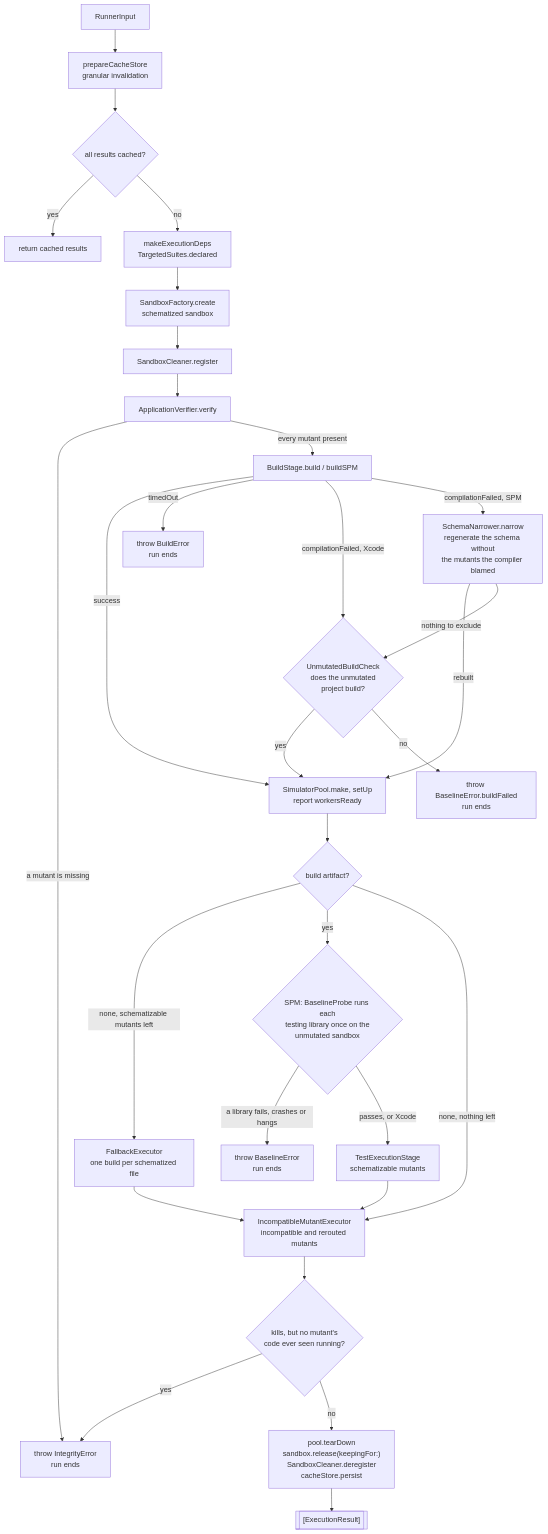
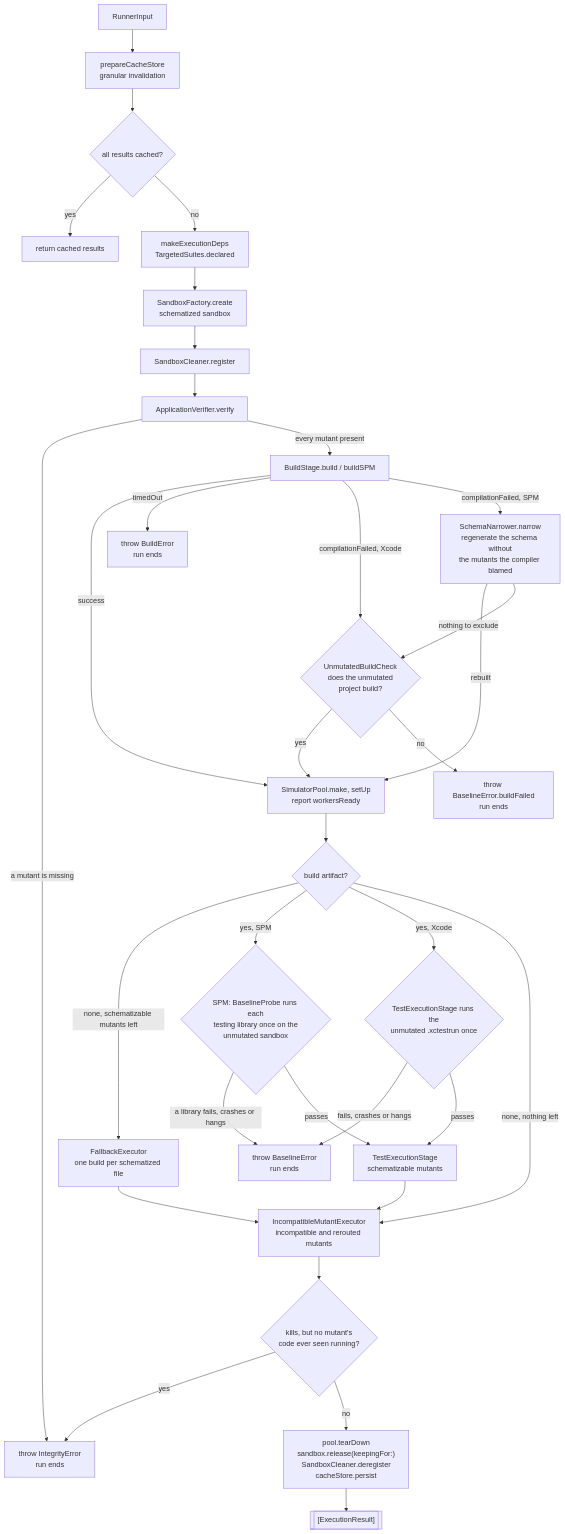
One commit to ericodx/swift-mutation-testing changed the first of 6 diagrams in Docs/CodeBase/07-execution.md. Above: the diagram before and after it, drawn with Mermaid. The commit also changed other lines of this file and 2 other files, not shown here.

Commit message:
docs: describe the Xcode baseline run and the failing suite ending any run with 1

````diff
--- a/Docs/CodeBase/07-execution.md
+++ b/Docs/CodeBase/07-execution.md
@@ -34,32 +34,35 @@
 ```mermaid
 flowchart TD
     IN["RunnerInput"] --> PREP["prepareCacheStore<br>granular invalidation"]
     PREP --> CACHE{"all results cached?"}
     CACHE -- yes --> RETURN["return cached results"]
     CACHE -- no --> DEPS["makeExecutionDeps<br>TargetedSuites.declared"]
     DEPS --> SANDBOX["SandboxFactory.create<br>schematized sandbox"]
     SANDBOX --> REG["SandboxCleaner.register"]
     REG --> VERIFY["ApplicationVerifier.verify"]
     VERIFY -- "a mutant is missing" --> ABORTI["throw IntegrityError<br>run ends"]
     VERIFY -- "every mutant present" --> BUILD["BuildStage.build / buildSPM"]
     BUILD -- success --> POOL["SimulatorPool.make, setUp<br>report workersReady"]
     BUILD -- timedOut --> ABORT["throw BuildError<br>run ends"]
     BUILD -- "compilationFailed, Xcode" --> CLEAN{"UnmutatedBuildCheck<br>does the unmutated<br>project build?"}
     BUILD -- "compilationFailed, SPM" --> RETRY["SchemaNarrower.narrow<br>regenerate the schema without<br>the mutants the compiler blamed"]
     RETRY -- rebuilt --> POOL
     RETRY -- "nothing to exclude" --> CLEAN
     CLEAN -- yes --> POOL
     CLEAN -- no --> ABORTU["throw BaselineError.buildFailed<br>run ends"]
     POOL --> ART{"build artifact?"}
     ART -- "none, schematizable mutants left" --> FALLBACK["FallbackExecutor<br>one build per schematized file"]
-    ART -- yes --> PROBE{"SPM: BaselineProbe runs each<br>testing library once on the<br>unmutated sandbox"}
+    ART -- "yes, SPM" --> PROBE{"SPM: BaselineProbe runs each<br>testing library once on the<br>unmutated sandbox"}
     PROBE -- "a library fails, crashes or hangs" --> ABORTB["throw BaselineError<br>run ends"]
-    PROBE -- "passes, or Xcode" --> NORMAL["TestExecutionStage<br>schematizable mutants"]
+    ART -- "yes, Xcode" --> XBASE{"TestExecutionStage runs the<br>unmutated .xctestrun once"}
+    XBASE -- "fails, crashes or hangs" --> ABORTB
+    XBASE -- passes --> NORMAL
+    PROBE -- passes --> NORMAL["TestExecutionStage<br>schematizable mutants"]
     NORMAL --> INCOMPAT["IncompatibleMutantExecutor<br>incompatible and rerouted mutants"]
     FALLBACK --> INCOMPAT
     ART -- "none, nothing left" --> INCOMPAT
     INCOMPAT --> OBSERVED{"kills, but no mutant's<br>code ever seen running?"}
     OBSERVED -- yes --> ABORTI
     OBSERVED -- no --> TEARDOWN["pool.tearDown<br>sandbox.release(keepingFor:)<br>SandboxCleaner.deregister<br>cacheStore.persist"]
     TEARDOWN --> RESULTS[["[ExecutionResult]"]]
 ```
````
